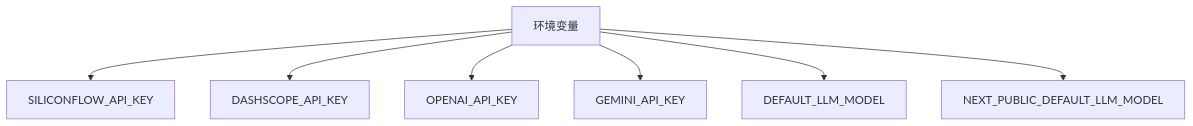
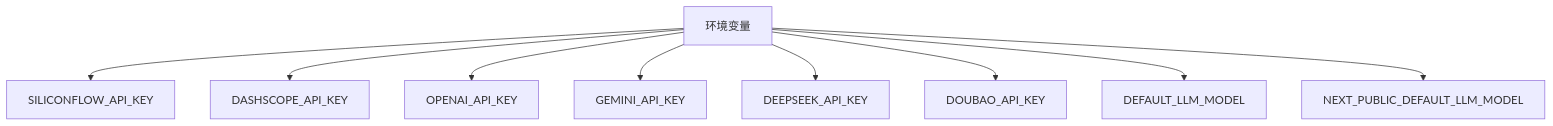
One commit to JasperLin2333/Flash-Flow changed the seventh of 8 diagrams in .qoder/repowiki/zh/content/API接口文档/_api_run-node/LLM提供商配置.md. Above: the diagram before and after it, drawn with Mermaid. The commit also changed other lines of this file and 12 other files, not shown here.

````diff
--- a/.qoder/repowiki/zh/content/API接口文档/_api_run-node/LLM提供商配置.md
+++ b/.qoder/repowiki/zh/content/API接口文档/_api_run-node/LLM提供商配置.md
@@ -174,9 +187,11 @@
 ```mermaid
 flowchart TD
 A[环境变量] --> B[SILICONFLOW_API_KEY]
 A --> C[DASHSCOPE_API_KEY]
 A --> D[OPENAI_API_KEY]
 A --> E[GEMINI_API_KEY]
-A --> F[DEFAULT_LLM_MODEL]
-A --> G[NEXT_PUBLIC_DEFAULT_LLM_MODEL]
+A --> F[DEEPSEEK_API_KEY]
+A --> G[DOUBAO_API_KEY]
+A --> H[DEFAULT_LLM_MODEL]
+A --> I[NEXT_PUBLIC_DEFAULT_LLM_MODEL]
 ```
````
